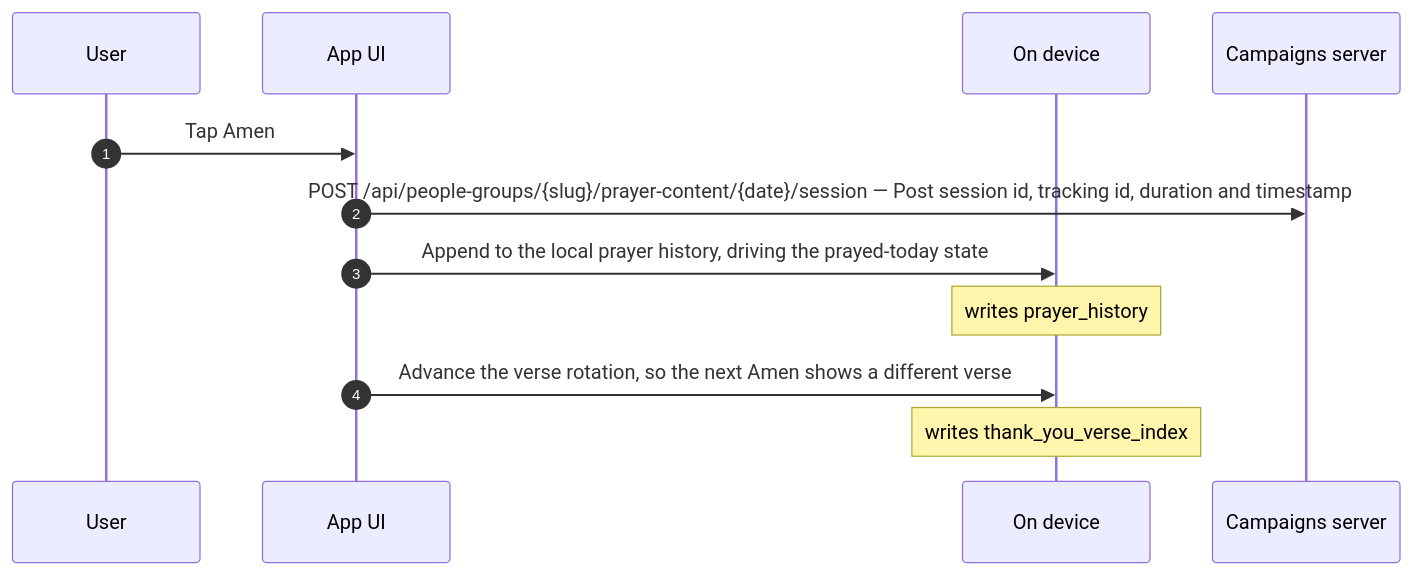
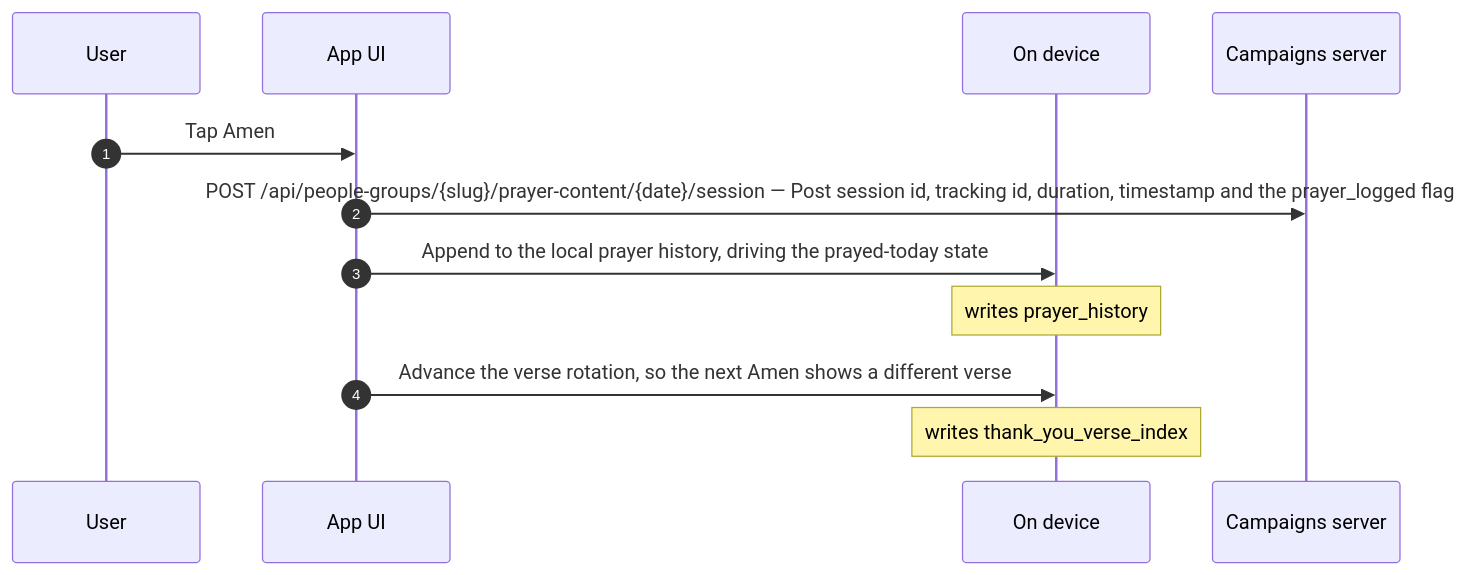
One commit to doxa-life/doxa-prayer-mobile-app changed the tenth of 25 diagrams in docs/architecture/actions.md. Above: the diagram before and after it, drawn with Mermaid. The commit also changed other lines of this file and 3 other files, not shown here.

````diff
--- a/docs/architecture/actions.md
+++ b/docs/architecture/actions.md
@@ -336,14 +342,14 @@
 ```mermaid
 sequenceDiagram
     autonumber
     participant U as User
     participant UI as App UI
     participant L as On device
     participant S as Campaigns server
     U->>UI: Tap Amen
-    UI->>S: POST /api/people-groups/{slug}/prayer-content/{date}/session — Post session id, tracking id, duration and timestamp
+    UI->>S: POST /api/people-groups/{slug}/prayer-content/{date}/session — Post session id, tracking id, duration, timestamp and the prayer_logged flag
     UI->>L: Append to the local prayer history, driving the prayed-today state
     Note over L: writes prayer_history
     UI->>L: Advance the verse rotation, so the next Amen shows a different verse
     Note over L: writes thank_you_verse_index
 ```
````
